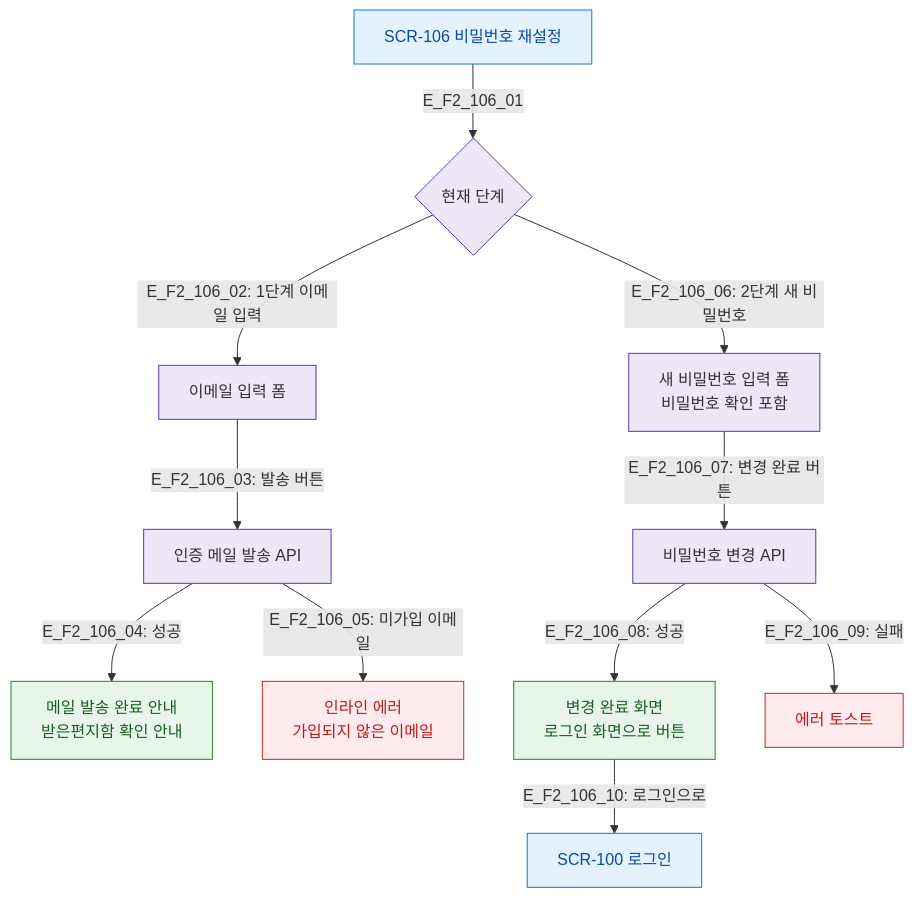
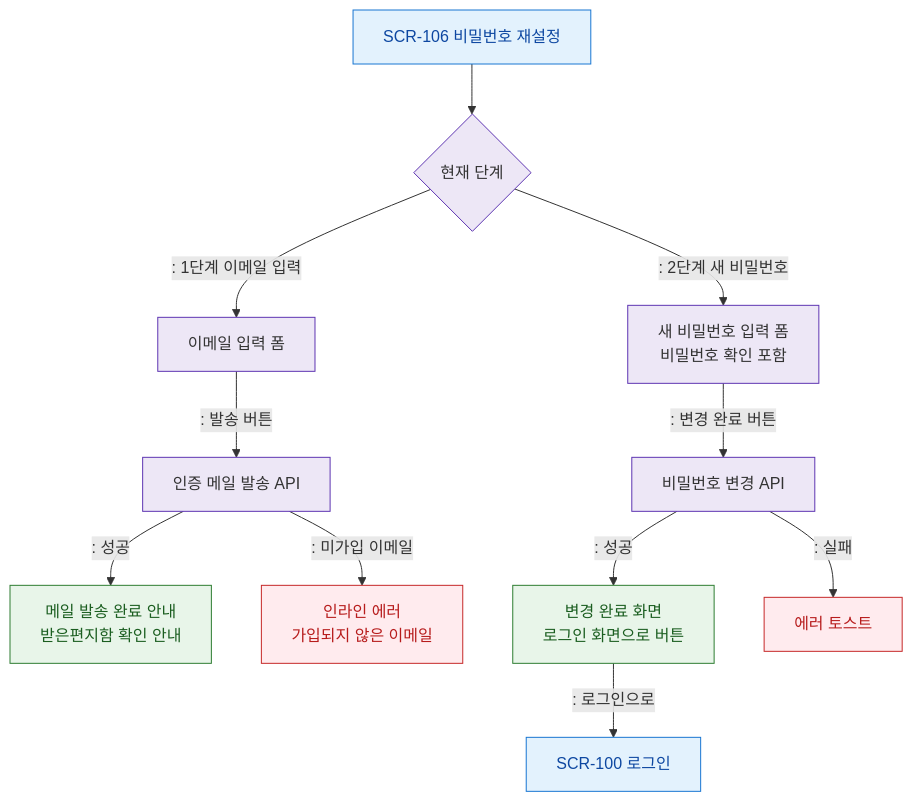
One commit to dev-spogym/admin-pando changed the diagram in docs/다이어그램/D01_공통/SCR-106_비밀번호재설정/F2_메인.md. Above: the diagram before and after it, drawn with Mermaid. The commit also changed other lines of this file and 1660 other files, not shown here.

First line of the commit message:
다이어그램: 기획자/클라이언트 납품본으로 정리

````diff
--- a/docs/다이어그램/D01_공통/SCR-106_비밀번호재설정/F2_메인.md
+++ b/docs/다이어그램/D01_공통/SCR-106_비밀번호재설정/F2_메인.md
@@ -19,25 +17,25 @@
 ```mermaid
 flowchart TD
-    SCR_106[SCR-106 비밀번호 재설정] -->|E_F2_106_01| STEP{현재 단계}
+    SCR_106[SCR-106 비밀번호 재설정] --> STEP{현재 단계}
 
-    STEP -->|"E_F2_106_02: 1단계 이메일 입력"| EMAIL_FORM[이메일 입력 폼]
-    EMAIL_FORM -->|"E_F2_106_03: 발송 버튼"| SEND_EMAIL[인증 메일 발송 API]
-    SEND_EMAIL -->|"E_F2_106_04: 성공"| EMAIL_SENT[메일 발송 완료 안내\n받은편지함 확인 안내]
-    SEND_EMAIL -->|"E_F2_106_05: 미가입 이메일"| ERR_NOT_FOUND[인라인 에러\n가입되지 않은 이메일]
+    STEP -->|": 1단계 이메일 입력"|EMAIL_FORM[이메일 입력 폼]
+    EMAIL_FORM -->|": 발송 버튼"|SEND_EMAIL[인증 메일 발송 API]
+    SEND_EMAIL -->|": 성공"|EMAIL_SENT[메일 발송 완료 안내\n받은편지함 확인 안내]
+    SEND_EMAIL -->|": 미가입 이메일"|ERR_NOT_FOUND[인라인 에러\n가입되지 않은 이메일]
 
-    STEP -->|"E_F2_106_06: 2단계 새 비밀번호"| PW_FORM[새 비밀번호 입력 폼\n비밀번호 확인 포함]
-    PW_FORM -->|"E_F2_106_07: 변경 완료 버튼"| RESET_API[비밀번호 변경 API]
-    RESET_API -->|"E_F2_106_08: 성공"| COMPLETE[변경 완료 화면\n로그인 화면으로 버튼]
-    RESET_API -->|"E_F2_106_09: 실패"| ERR_RESET[에러 토스트]
+    STEP -->|": 2단계 새 비밀번호"|PW_FORM[새 비밀번호 입력 폼\n비밀번호 확인 포함]
+    PW_FORM -->|": 변경 완료 버튼"|RESET_API[비밀번호 변경 API]
+    RESET_API -->|": 성공"|COMPLETE[변경 완료 화면\n로그인 화면으로 버튼]
+    RESET_API -->|": 실패"|ERR_RESET[에러 토스트]
 
-    COMPLETE -->|"E_F2_106_10: 로그인으로"| SCR_100[SCR-100 로그인]
+    COMPLETE -->|": 로그인으로"|SCR_100[SCR-100 로그인]
 
-    classDef screen  fill:#E3F2FD,stroke:#1976D2,color:#0D47A1
-    classDef system  fill:#EDE7F6,stroke:#5E35B2
+    classDef screen fill:#E3F2FD,stroke:#1976D2,color:#0D47A1
+    classDef system fill:#EDE7F6,stroke:#5E35B2
     classDef success fill:#E8F5E9,stroke:#2E7D32,color:#1B5E20
-    classDef error   fill:#FFEBEE,stroke:#C62828,color:#B71C1C
+    classDef error fill:#FFEBEE,stroke:#C62828,color:#B71C1C
     class SCR_106,SCR_100 screen
     class STEP,EMAIL_FORM,SEND_EMAIL,PW_FORM,RESET_API system
     class EMAIL_SENT,COMPLETE success
     class ERR_NOT_FOUND,ERR_RESET error
 ```
````
